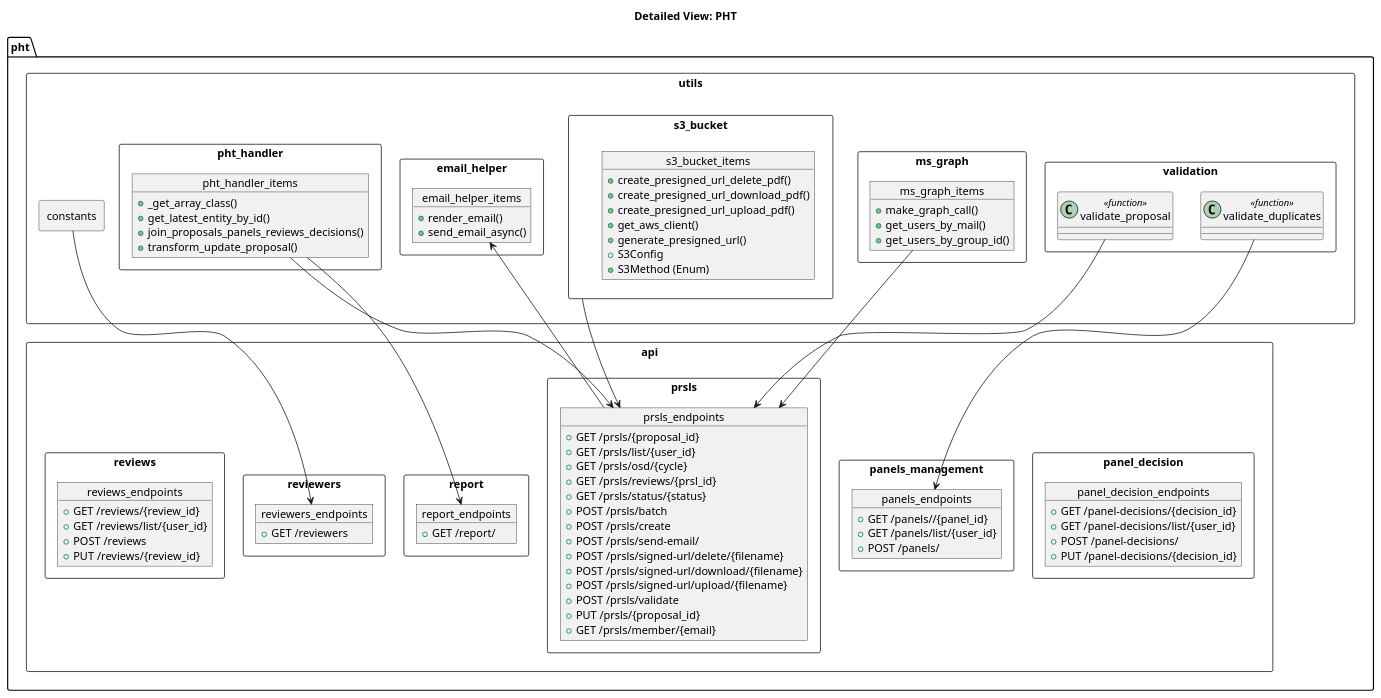
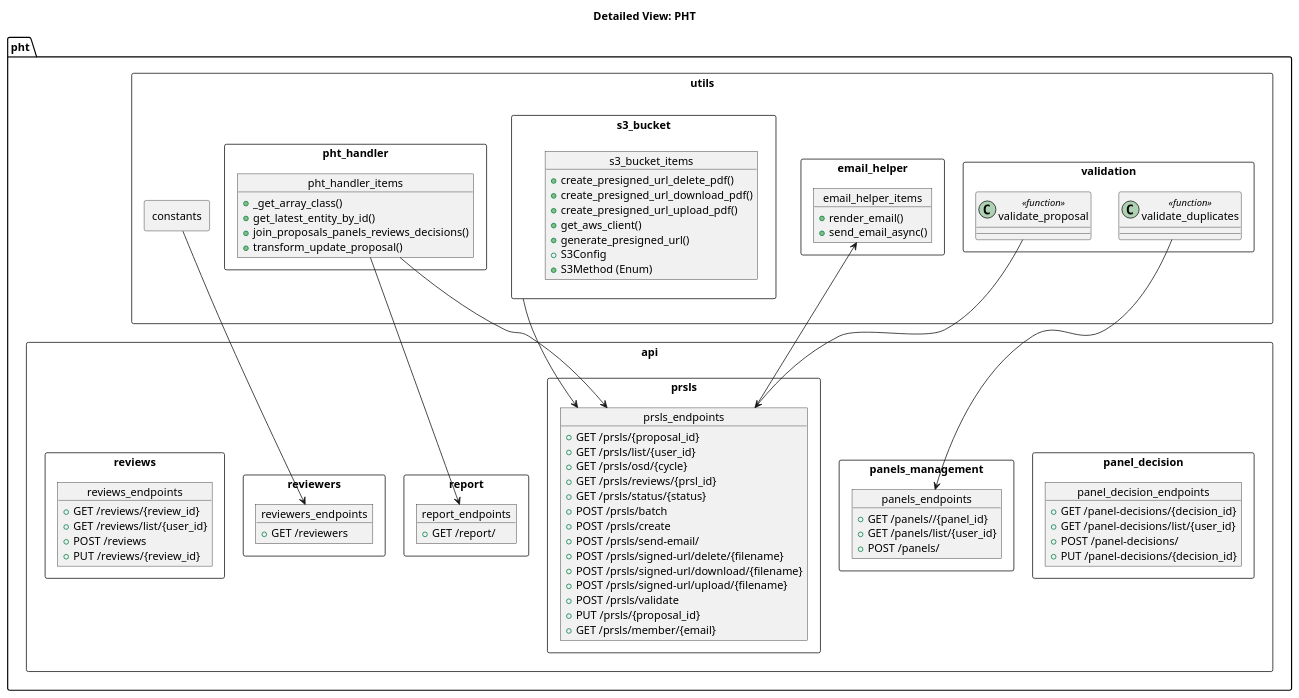
Before and after one commit to ska-telescope/ska-oso-services: the diagram in docs/src/internal/diagrams/module_view_pht.puml, drawn with PlantUML. The commit also changed 19 other files, not shown here.

```diff
--- a/docs/src/internal/diagrams/module_view_pht.puml
+++ b/docs/src/internal/diagrams/module_view_pht.puml
@@ -1,122 +1,114 @@
 @startuml
 top to bottom direction
 
 title Detailed View: PHT
 
 package "pht" as pht_pkg {
 
     package "api" <<Rectangle>> {
 
         package "panel_decision" <<Rectangle>> {
             object panel_decision_endpoints{
                 + GET /panel-decisions/{decision_id}
                 + GET /panel-decisions/list/{user_id}
                 + POST /panel-decisions/
                 + PUT /panel-decisions/{decision_id}
             }
         }
         
         package "panels_management" <<Rectangle>> {
             object panels_endpoints {
                 + GET /panels//{panel_id}
                 + GET /panels/list/{user_id}
                 + POST /panels/
             }
         }
         
         package "prsls" <<Rectangle>> {
             object prsls_endpoints{
                 + GET /prsls/{proposal_id}
                 + GET /prsls/list/{user_id}
                 + GET /prsls/osd/{cycle}
                 + GET /prsls/reviews/{prsl_id}
                 + GET /prsls/status/{status}
                 + POST /prsls/batch
                 + POST /prsls/create
                 + POST /prsls/send-email/
                 + POST /prsls/signed-url/delete/{filename}
                 + POST /prsls/signed-url/download/{filename}
                 + POST /prsls/signed-url/upload/{filename}
                 + POST /prsls/validate
                 + PUT /prsls/{proposal_id}
                 + GET /prsls/member/{email}
             }
         }
 
         package "report" <<Rectangle>> {
             object report_endpoints{
                 + GET /report/
             }
         }
 
         package "reviewers" <<Rectangle>> {
             object reviewers_endpoints{
                 + GET /reviewers
             }
         }
         
         package "reviews" <<Rectangle>> {
             object reviews_endpoints{
                 + GET /reviews/{review_id}
                 + GET /reviews/list/{user_id}
                 + POST /reviews
                 + PUT /reviews/{review_id}
             }
         }
     }
 
     package "utils" <<Rectangle>> {
         package "email_helper" <<Rectangle>> {
             object email_helper_items {
                 + render_email()
                 + send_email_async()
             }
         }
         package "pht_handler" <<Rectangle>> {
             object pht_handler_items {
                 + _get_array_class()
                 + get_latest_entity_by_id()
                 + join_proposals_panels_reviews_decisions()
                 + transform_update_proposal()
             }
         }
-        package "ms_graph" <<Rectangle>> {
-            object ms_graph_items {
-                + make_graph_call()
-                + get_users_by_mail()
-                + get_users_by_group_id()
-            }
-        }
         package "s3_bucket" <<Rectangle>> {
             object s3_bucket_items {
                 + create_presigned_url_delete_pdf()
                 + create_presigned_url_download_pdf()
                 + create_presigned_url_upload_pdf()
                 + get_aws_client()
                 + generate_presigned_url()
                 + S3Config
                 + S3Method (Enum)
             }
         }
         package "validation" <<Rectangle>> {
             class validate_duplicates <<function>>
             class validate_proposal <<function>>
         }
         
         package "constants" <<Rectangle>> {
         }
     }
     
     ' --- Relationships, return types only ---
     validate_proposal --> prsls_endpoints
     s3_bucket --> prsls_endpoints
     prsls_endpoints --> email_helper_items
     validate_duplicates --> panels_endpoints
     pht_handler_items --> prsls_endpoints 
     pht_handler_items --> report_endpoints
     constants --> reviewers_endpoints
-    ms_graph_items --> prsls_endpoints 
     
 
 }
 @enduml
```
